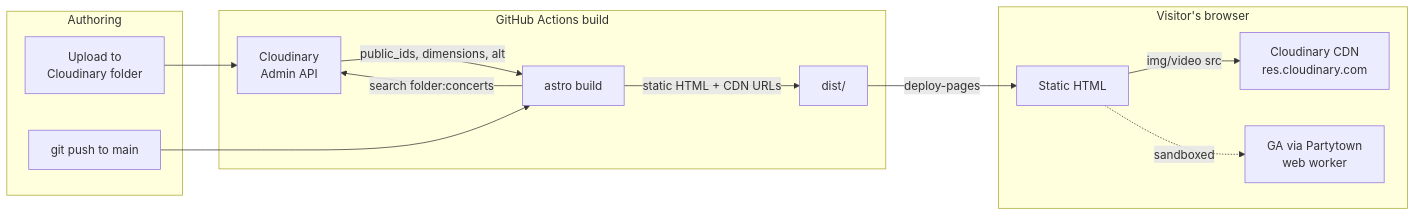
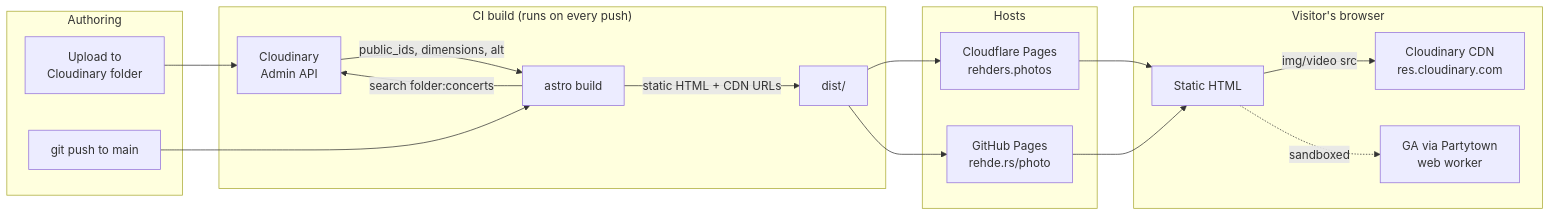
Before and after one commit to zspherez/photo: the diagram in README.md, drawn with Mermaid. The commit also changed other lines of this file and 1 other file, not shown here.

Commit message:
add readme and pin node 22 for cloudflare build

````diff
--- a/README.md
+++ b/README.md
@@ -17,27 +19,35 @@
 ```mermaid
 flowchart LR
     subgraph author["Authoring"]
         upload[Upload to<br/>Cloudinary folder]
         commit[git push to main]
     end
 
-    subgraph build["GitHub Actions build"]
+    subgraph build["CI build (runs on every push)"]
         astro["astro build"]
         api[Cloudinary<br/>Admin API]
-        astro -->|"search folder:concerts<br/>"| api
+        astro -->|"search folder:concerts"| api
         api -->|public_ids, dimensions, alt| astro
         astro -->|static HTML + CDN URLs| dist[dist/]
+    end
+
+    subgraph hosts["Hosts"]
+        cf[Cloudflare Pages<br/>rehders.photos]
+        gh[GitHub Pages<br/>rehde.rs/photo]
     end
 
     subgraph runtime["Visitor's browser"]
         html[Static HTML]
         cdn[Cloudinary CDN<br/>res.cloudinary.com]
         gtm[GA via Partytown<br/>web worker]
         html -->|img/video src| cdn
         html -.->|sandboxed| gtm
     end
 
     upload --> api
     commit --> astro
-    dist -->|deploy-pages| html
+    dist --> cf
+    dist --> gh
+    cf --> html
+    gh --> html
 ```
````
